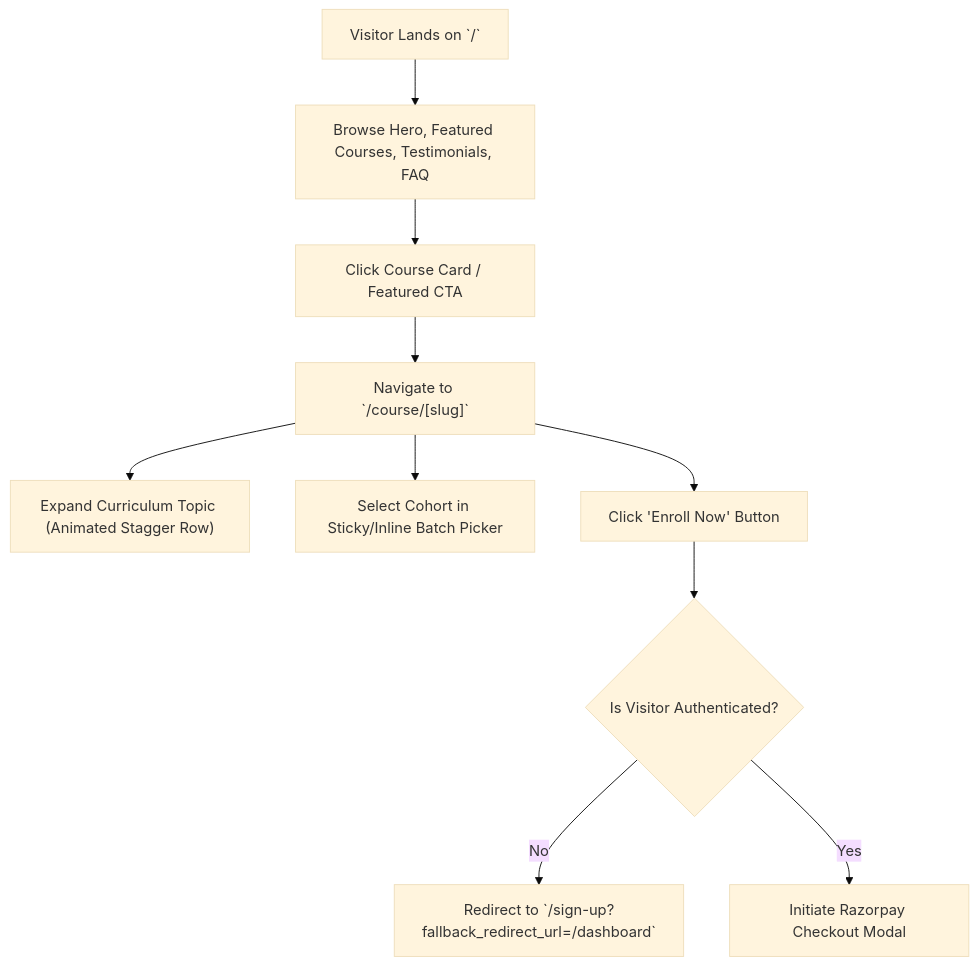
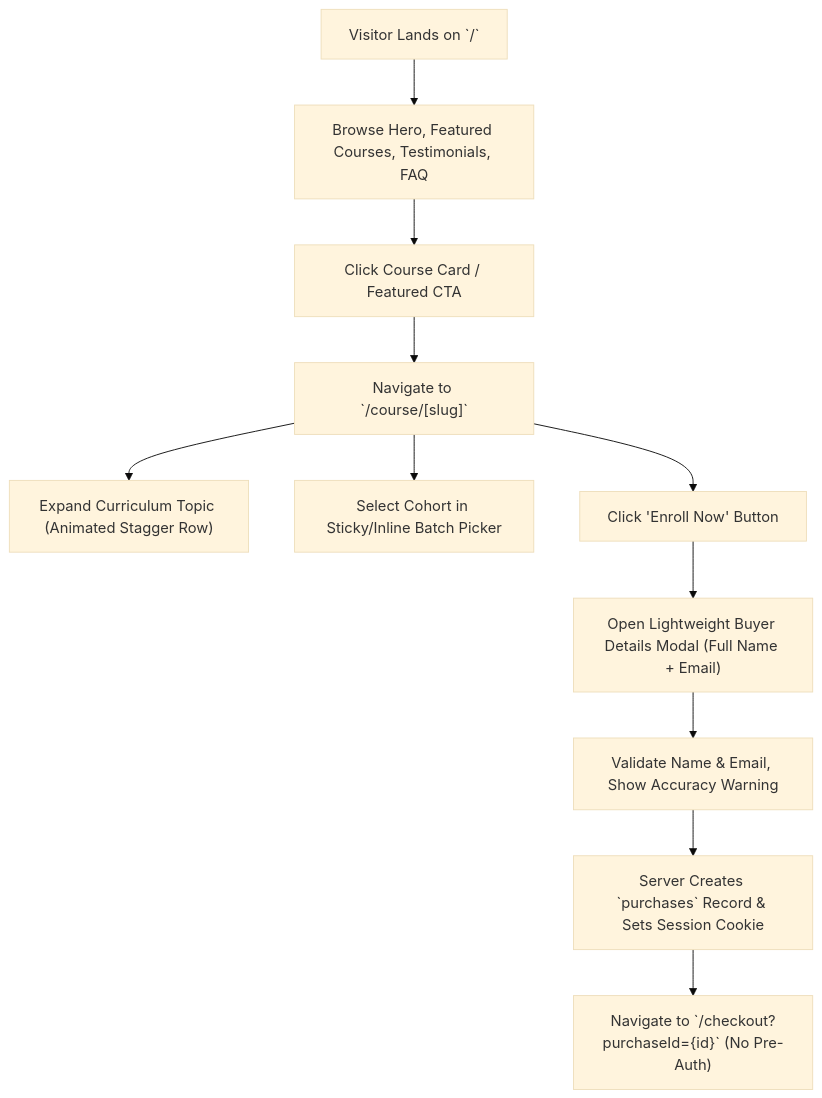
One commit to master-developerr/vibe-logic-studio changed the second of 18 diagrams in context/user-flow.md. Above: the diagram before and after it, drawn with Mermaid (base theme). The commit also changed other lines of this file and 45 other files, not shown here.

Commit message:
feat(payments): payment-first checkout, Razorpay order diagnostics, and secure purchase recovery

````diff
--- a/context/user-flow.md
+++ b/context/user-flow.md
@@ -52,14 +52,15 @@
 ```mermaid
 flowchart TD
     LAND["Visitor Lands on `/`"] --> BROWSE["Browse Hero, Featured Courses, Testimonials, FAQ"]
     BROWSE --> CLICK_COURSE["Click Course Card / Featured CTA"]
     CLICK_COURSE --> COURSE_DETAIL["Navigate to `/course/[slug]`"]
     
     COURSE_DETAIL --> VIEW_SYLLABUS["Expand Curriculum Topic (Animated Stagger Row)"]
     COURSE_DETAIL --> VIEW_BATCH["Select Cohort in Sticky/Inline Batch Picker"]
     COURSE_DETAIL --> CLICK_ENROLL["Click 'Enroll Now' Button"]
     
-    CLICK_ENROLL --> CHECK_AUTH{"Is Visitor Authenticated?"}
-    CHECK_AUTH -->|No| REDIRECT_SIGNUP["Redirect to `/sign-up?fallback_redirect_url=/dashboard`"]
-    CHECK_AUTH -->|Yes| OPEN_CHECKOUT["Initiate Razorpay Checkout Modal"]
+    CLICK_ENROLL --> OPEN_BUYER_MODAL["Open Lightweight Buyer Details Modal (Full Name + Email)"]
+    OPEN_BUYER_MODAL --> SUBMIT_BUYER_INFO["Validate Name & Email, Show Accuracy Warning"]
+    SUBMIT_BUYER_INFO --> MINT_PURCHASE_SESSION["Server Creates `purchases` Record & Sets Session Cookie"]
+    MINT_PURCHASE_SESSION --> NAVIGATE_CHECKOUT["Navigate to `/checkout?purchaseId={id}` (No Pre-Auth)"]
 ```
````
